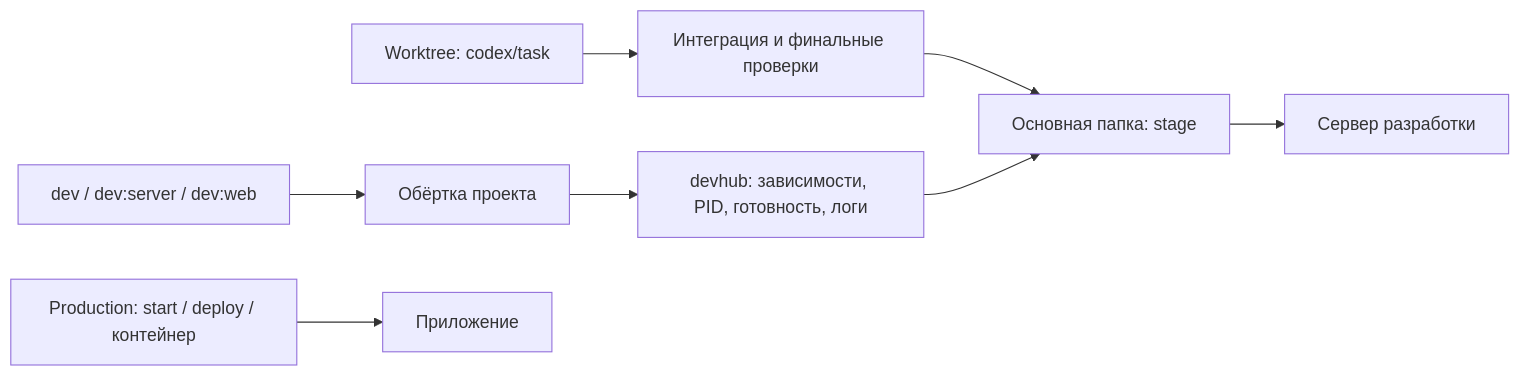
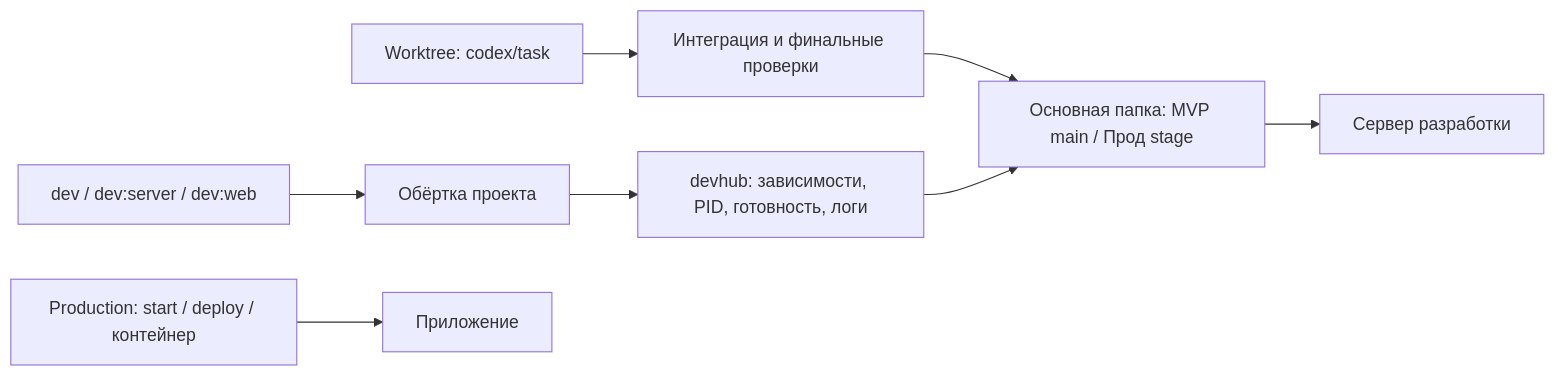
Before and after one commit to balkhaev/devhub: the diagram in README.md, drawn with Mermaid. The commit also changed other lines of this file and 23 other files, not shown here.

````diff
--- a/README.md
+++ b/README.md
@@ -13,10 +13,10 @@
 ```mermaid
 flowchart LR
   Task[Worktree: codex/task] --> Merge[Интеграция и финальные проверки]
-  Merge --> Stage[Основная папка: stage]
+  Merge --> Stage[Основная папка: MVP main / Прод stage]
   Dev[dev / dev:server / dev:web] --> Launcher[Обёртка проекта]
   Launcher --> Hub[devhub: зависимости, PID, готовность, логи]
   Hub --> Stage
   Stage --> Service[Сервер разработки]
   Prod[Production: start / deploy / контейнер] --> App[Приложение]
 ```
````
